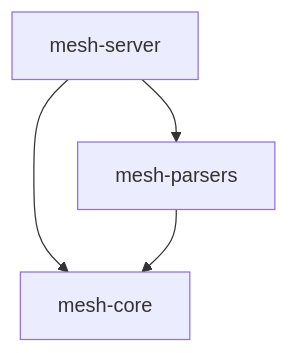
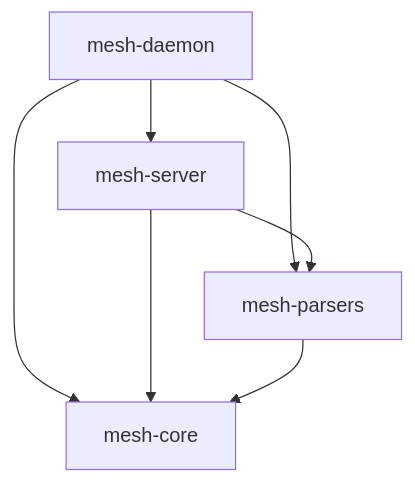
One commit to VictorAgahi/causalmesh changed the second of 4 diagrams in docs/architecture.md. Above: the diagram before and after it, drawn with Mermaid. The commit also changed other lines of this file and 5 other files, not shown here.

Commit message:
docs: ground context engineering claims, update architecture with daemon, and add SETUP.md

````diff
--- a/docs/architecture.md
+++ b/docs/architecture.md
@@ -57,6 +58,9 @@
 ```mermaid
 graph TD
-    Server[mesh-server] --> Core[mesh-core]
-    Server --> Parsers[mesh-parsers]
+    Daemon[mesh-daemon] --> Server[mesh-server]
+    Daemon --> Core[mesh-core]
+    Daemon --> Parsers[mesh-parsers]
+    Server --> Core
+    Server --> Parsers
     Parsers --> Core
 ```
````
